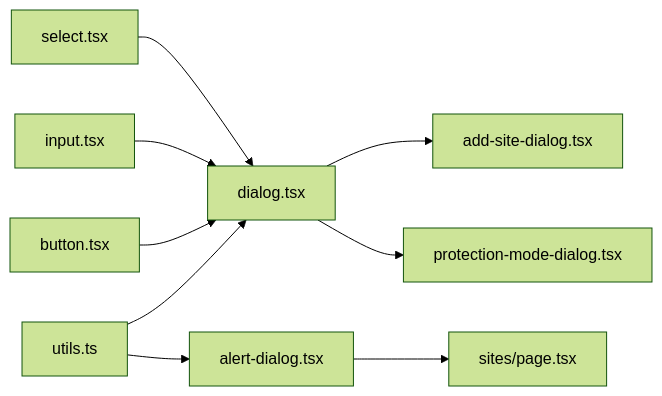
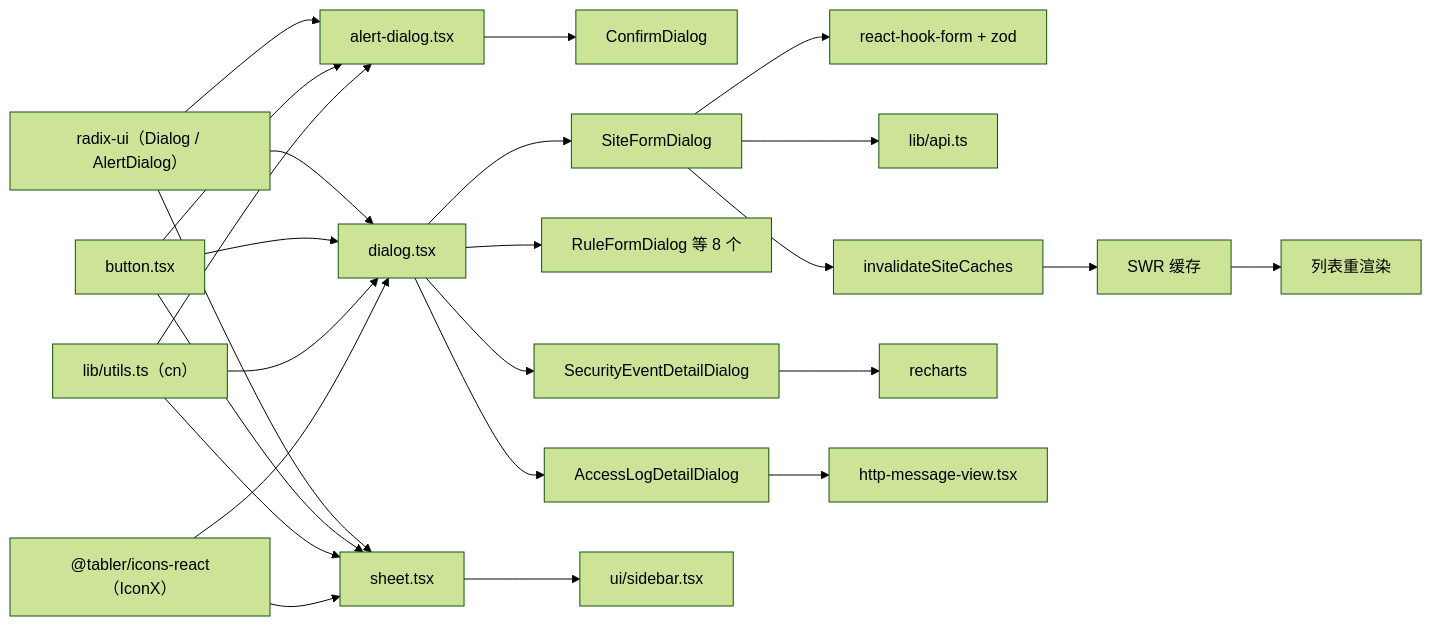
Before and after one commit to x01n/My-OpenWaf: the sixth of 6 diagrams in docs/前端管理界面/组件设计模式/对话框组件.md, drawn with Mermaid (forest theme). The commit also changed other lines of this file and 622 other files, not shown here.

````diff
--- a/docs/前端管理界面/组件设计模式/对话框组件.md
+++ b/docs/前端管理界面/组件设计模式/对话框组件.md
@@ -291,11 +494,27 @@
 ```mermaid
 graph LR
-Utils["utils.ts"] --> Dialog["dialog.tsx"]
-Utils --> AlertDialog["alert-dialog.tsx"]
-Dialog --> AddSite["add-site-dialog.tsx"]
-Dialog --> ProtectionMode["protection-mode-dialog.tsx"]
-AlertDialog --> SitesPage["sites/page.tsx"]
-Button["button.tsx"] --> Dialog
-Input["input.tsx"] --> Dialog
-Select["select.tsx"] --> Dialog
+  RDX["radix-ui（Dialog / AlertDialog）"] --> D["dialog.tsx"]
+  RDX --> AD["alert-dialog.tsx"]
+  RDX --> SH["sheet.tsx"]
+  BTN["button.tsx"] --> D
+  BTN --> AD
+  BTN --> SH
+  CN["lib/utils.ts（cn）"] --> D
+  CN --> AD
+  CN --> SH
+  TABL["@tabler/icons-react（IconX）"] --> D
+  TABL --> SH
+  AD --> CD["ConfirmDialog"]
+  D --> SFD["SiteFormDialog"]
+  D --> RFD["RuleFormDialog 等 8 个"]
+  D --> ACD["AccessLogDetailDialog"]
+  D --> SED["SecurityEventDetailDialog"]
+  SFD --> RHF["react-hook-form + zod"]
+  SFD --> API["lib/api.ts"]
+  SFD --> INV["invalidateSiteCaches"]
+  INV --> SWR["SWR 缓存"]
+  SWR --> PAGE["列表重渲染"]
+  SED --> RC["recharts"]
+  ACD --> HMV["http-message-view.tsx"]
+  SH --> SBX["ui/sidebar.tsx"]
 ```
````
